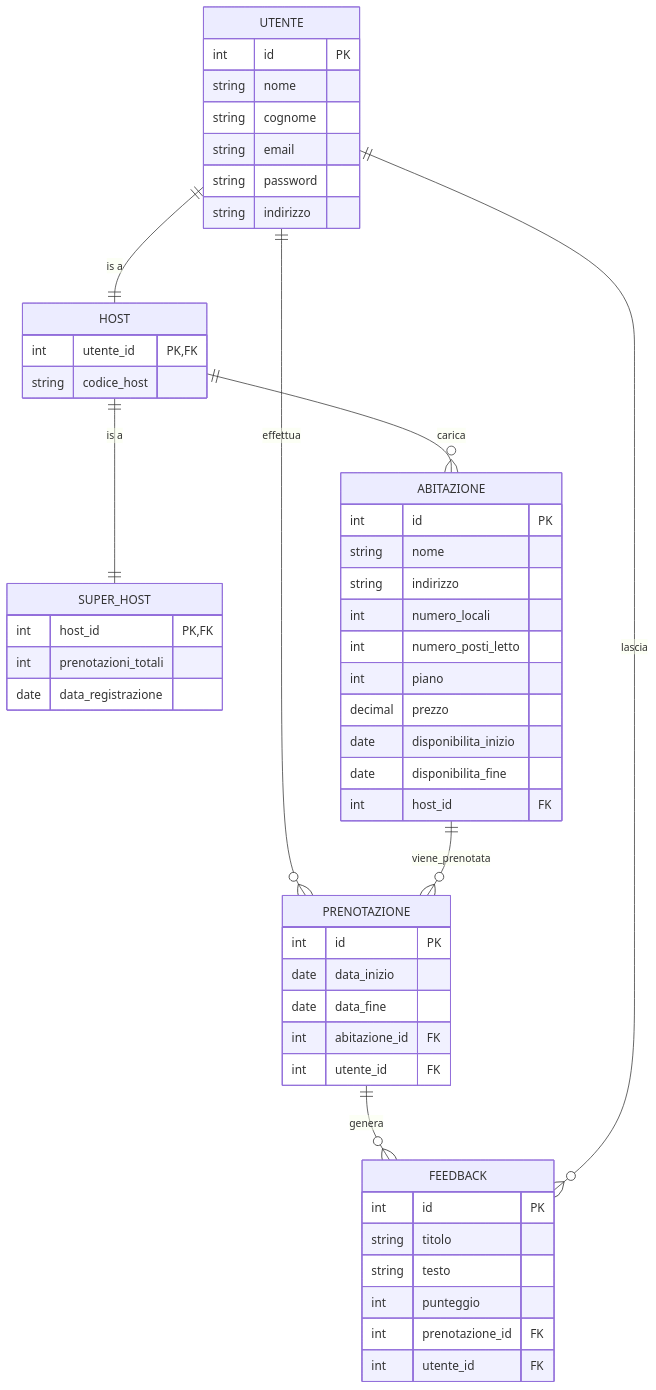
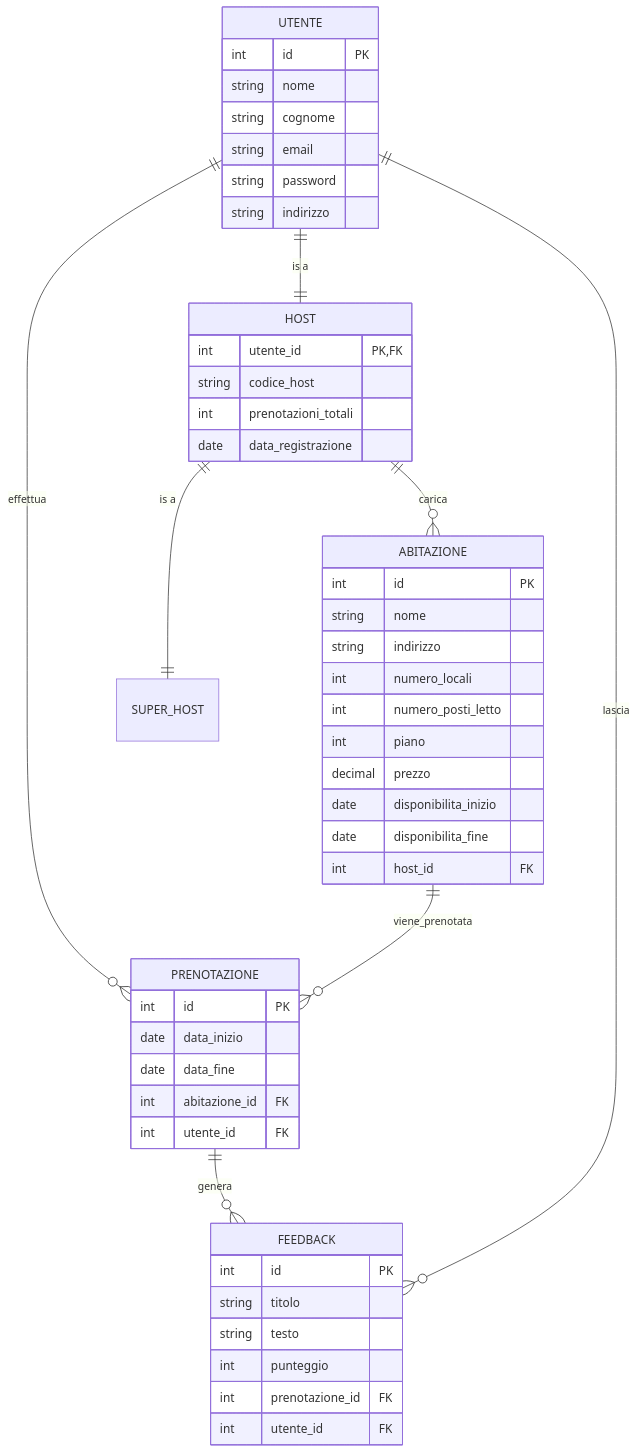
One commit to Affitto-Case/backend changed the diagram in Progettazione.md. Above: the diagram before and after it, drawn with Mermaid. The commit also changed 7 other files, not shown here.

````diff
--- a/Progettazione.md
+++ b/Progettazione.md
@@ -209,61 +209,57 @@
 ```mermaid
 erDiagram
     UTENTE {
         int id PK
         string nome
         string cognome
         string email
         string password
         string indirizzo
     }
 
     HOST {
         int utente_id PK, FK
         string codice_host
-    }
-
-    SUPER_HOST {
-        int host_id PK, FK
         int prenotazioni_totali
         date data_registrazione
     }
 
     ABITAZIONE {
         int id PK
         string nome
         string indirizzo
         int numero_locali
         int numero_posti_letto
         int piano
         decimal prezzo
         date disponibilita_inizio
         date disponibilita_fine
         int host_id FK
     }
 
     PRENOTAZIONE {
         int id PK
         date data_inizio
         date data_fine
         int abitazione_id FK
         int utente_id FK
     }
 
     FEEDBACK {
         int id PK
         string titolo
         string testo
         int punteggio
         int prenotazione_id FK
         int utente_id FK
     }
 
     UTENTE ||--o{ PRENOTAZIONE : effettua
     ABITAZIONE ||--o{ PRENOTAZIONE : viene_prenotata
     HOST ||--o{ ABITAZIONE : carica
     PRENOTAZIONE ||--o{ FEEDBACK : genera
     UTENTE ||--o{ FEEDBACK : lascia
 
     UTENTE ||--|| HOST : "is a"
     HOST ||--|| SUPER_HOST : "is a"
 ```
````
